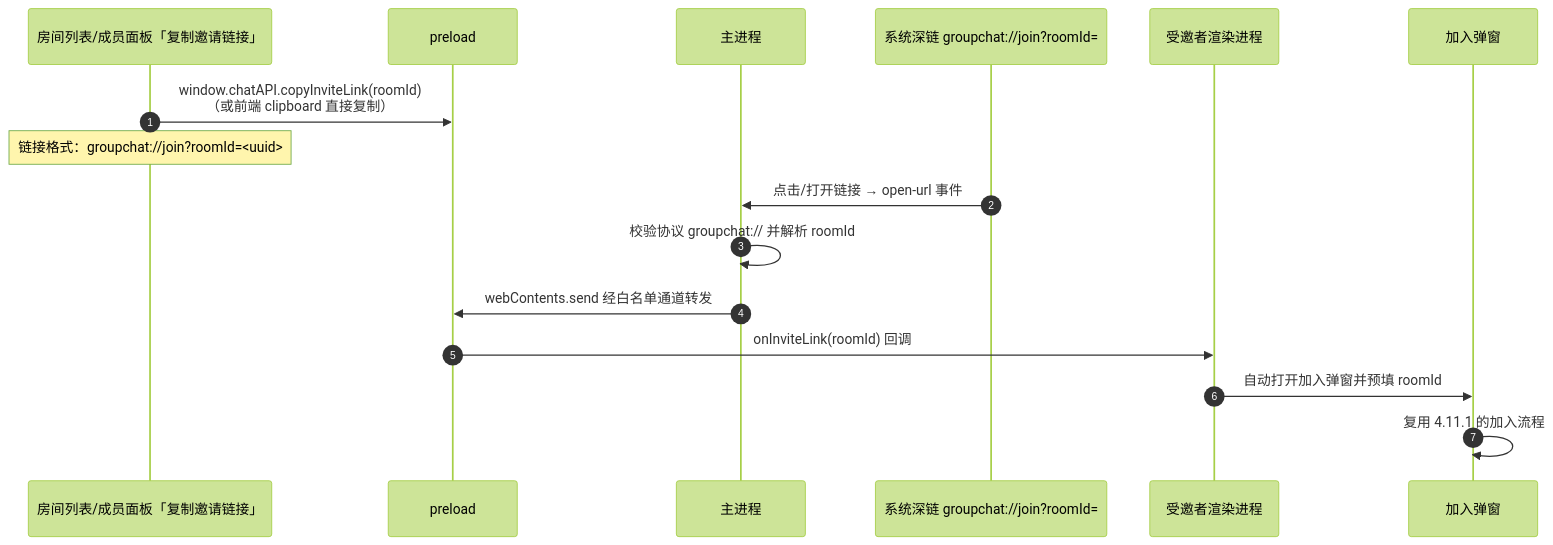
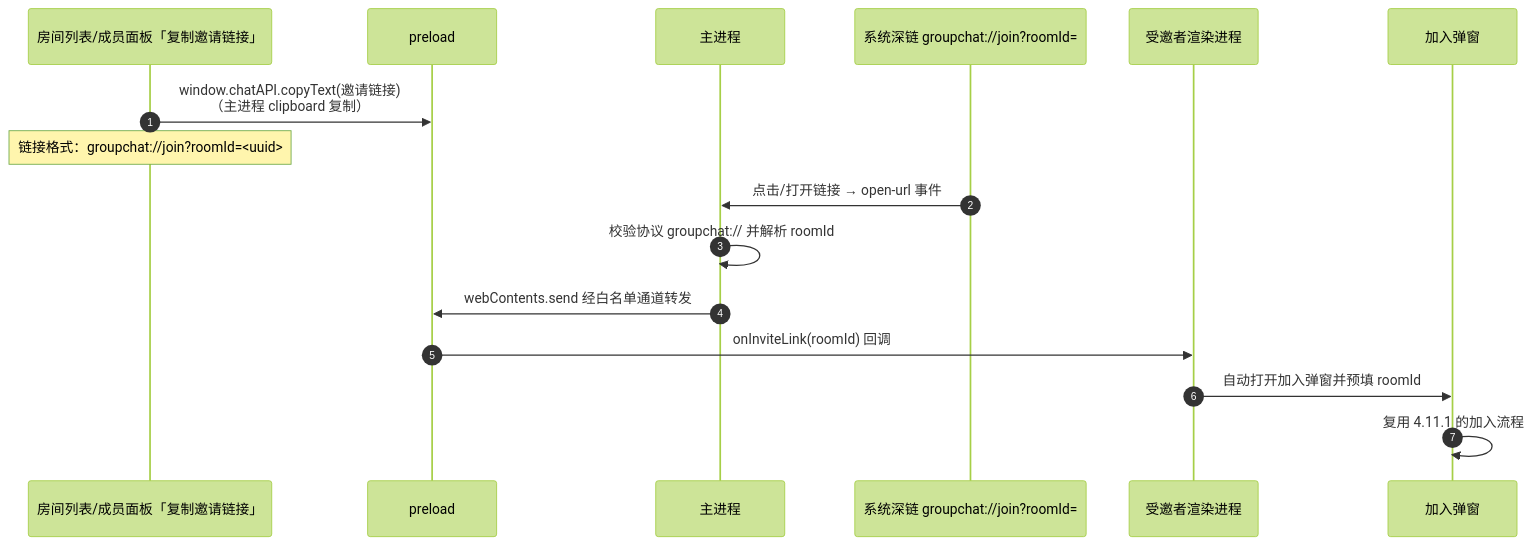
Diagram 14 of 15 in docs/2026-08-17-项目数据流程图与架构图.md (Justin010309/group-chat), drawn with Mermaid (forest theme) before and after one commit. The commit also changed other lines of this file and 1 other file, not shown here.

````diff
--- a/docs/2026-08-17-项目数据流程图与架构图.md
+++ b/docs/2026-08-17-项目数据流程图与架构图.md
@@ -483,19 +483,19 @@
 ```mermaid
 sequenceDiagram
     autonumber
     participant UI as 房间列表/成员面板「复制邀请链接」
     participant PRE as preload
     participant MAIN as 主进程
     participant DEEP as 系统深链 groupchat://join?roomId=
     participant R as 受邀者渲染进程
     participant MODAL as 加入弹窗
 
-    UI->>PRE: window.chatAPI.copyInviteLink(roomId)<br/>（或前端 clipboard 直接复制）
+    UI->>PRE: window.chatAPI.copyText(邀请链接)<br/>（主进程 clipboard 复制）
     Note over UI: 链接格式：groupchat://join?roomId=<uuid>
     DEEP->>MAIN: 点击/打开链接 → open-url 事件
     MAIN->>MAIN: 校验协议 groupchat:// 并解析 roomId
     MAIN->>PRE: webContents.send 经白名单通道转发
     PRE->>R: onInviteLink(roomId) 回调
     R->>MODAL: 自动打开加入弹窗并预填 roomId
     MODAL->>MODAL: 复用 4.11.1 的加入流程
 ```
````
